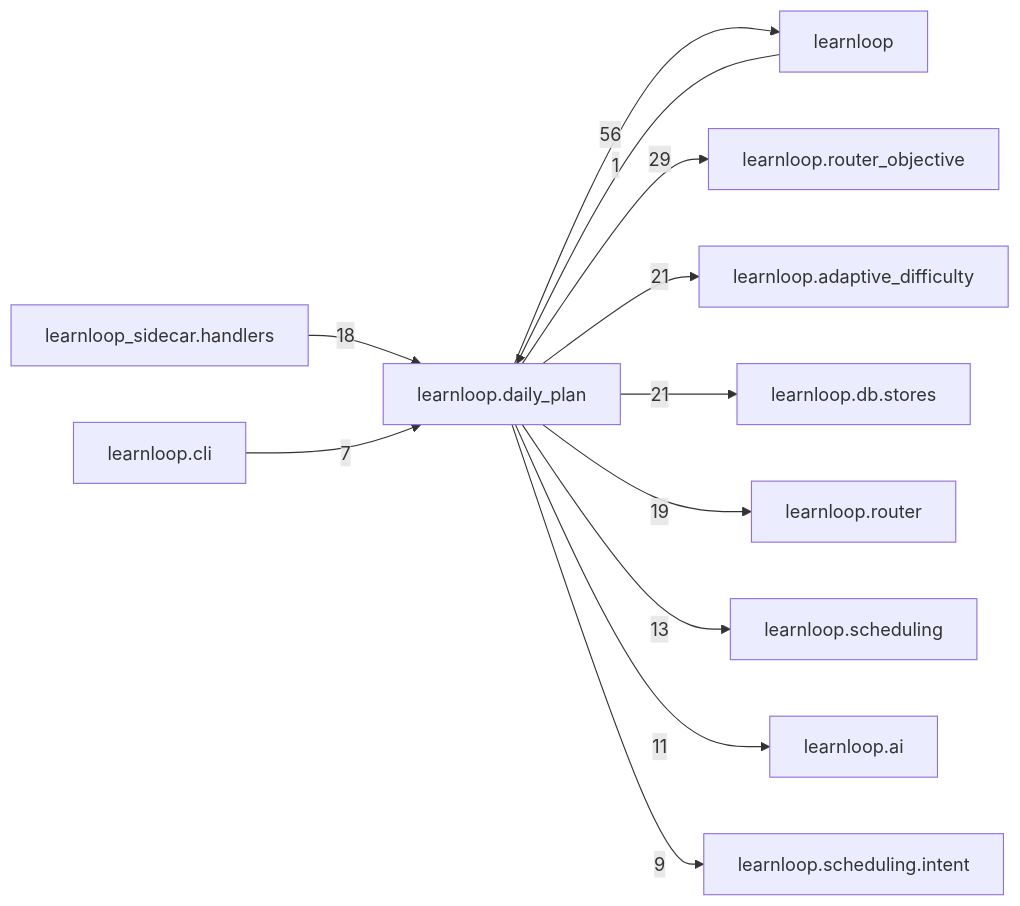
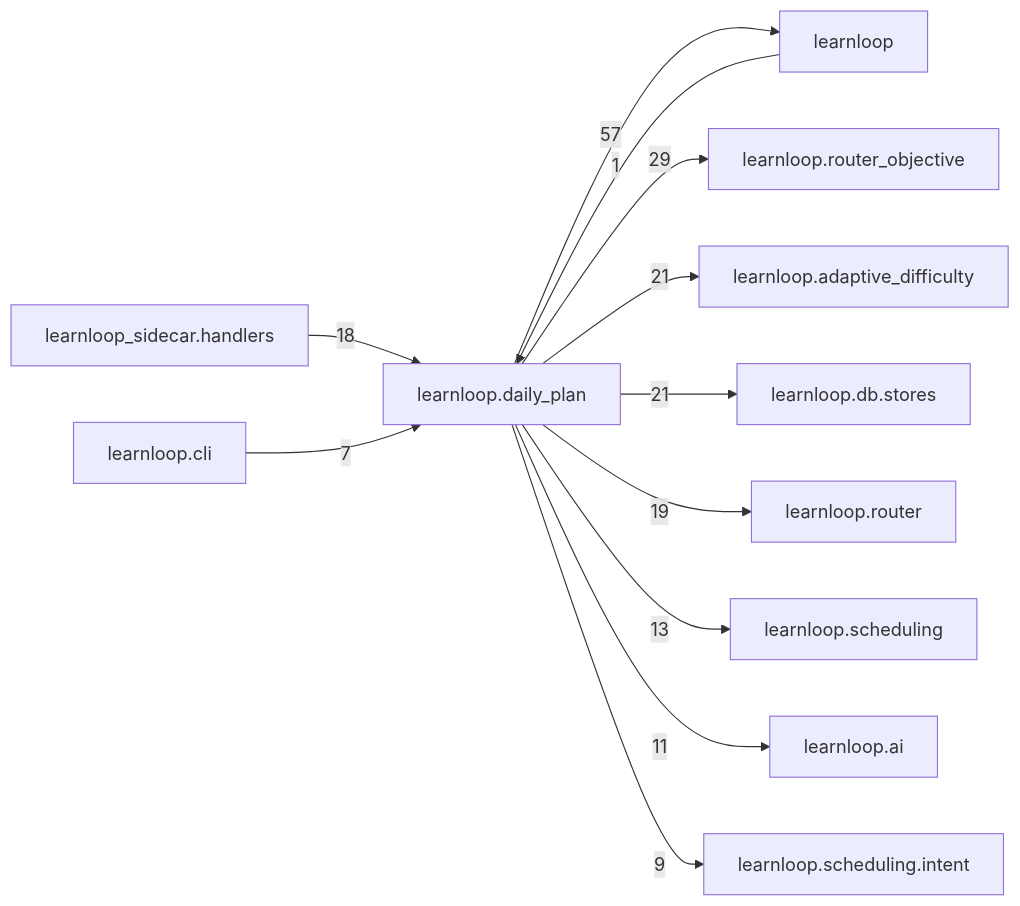
One commit to 6up-b/learnanything changed the diagram in docs/learnloop-architecture-vault/Reference/Modules/learnloop/daily_plan/_package.md. Above: the diagram before and after it, drawn with Mermaid. The commit also changed other lines of this file and 37 other files, not shown here.

````diff
--- a/docs/learnloop-architecture-vault/Reference/Modules/learnloop/daily_plan/_package.md
+++ b/docs/learnloop-architecture-vault/Reference/Modules/learnloop/daily_plan/_package.md
@@ -162,25 +162,25 @@
 ```mermaid
 flowchart LR
     center["learnloop.daily_plan"]
     n_learnloop["learnloop"]
     n_learnloop_router_objective["learnloop.router_objective"]
     n_learnloop_adaptive_difficulty["learnloop.adaptive_difficulty"]
     n_learnloop_db_stores["learnloop.db.stores"]
     n_learnloop_router["learnloop.router"]
     n_learnloop_sidecar_handlers["learnloop_sidecar.handlers"]
     n_learnloop_scheduling["learnloop.scheduling"]
     n_learnloop_ai["learnloop.ai"]
     n_learnloop_scheduling_intent["learnloop.scheduling.intent"]
     n_learnloop_cli["learnloop.cli"]
     n_learnloop -->|1| center
-    center -->|56| n_learnloop
+    center -->|57| n_learnloop
     center -->|29| n_learnloop_router_objective
     center -->|21| n_learnloop_adaptive_difficulty
     center -->|21| n_learnloop_db_stores
     center -->|19| n_learnloop_router
     n_learnloop_sidecar_handlers -->|18| center
     center -->|13| n_learnloop_scheduling
     center -->|11| n_learnloop_ai
     center -->|9| n_learnloop_scheduling_intent
     n_learnloop_cli -->|7| center
 ```
````
